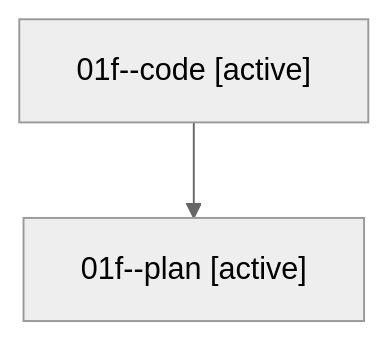
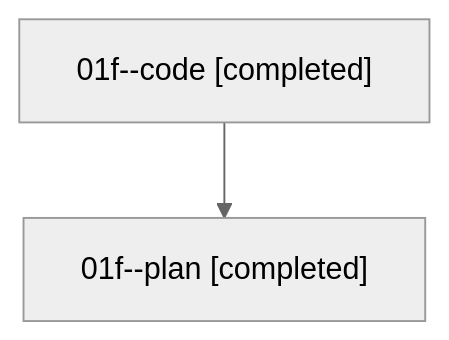
The diagram in families/bbugyi200.athena.01f.md (sase-org/sase--agents), drawn with Mermaid (neutral theme) before and after one commit. The commit also changed other lines of this file and 119 other files, not shown here.

````diff
--- a/families/bbugyi200.athena.01f.md
+++ b/families/bbugyi200.athena.01f.md
@@ -9,6 +9,6 @@
 ```mermaid
 flowchart TD
-  n0["01f--code [active]"]
-  n1["01f--plan [active]"]
+  n0["01f--code [completed]"]
+  n1["01f--plan [completed]"]
   n0 --> n1
 ```
````
